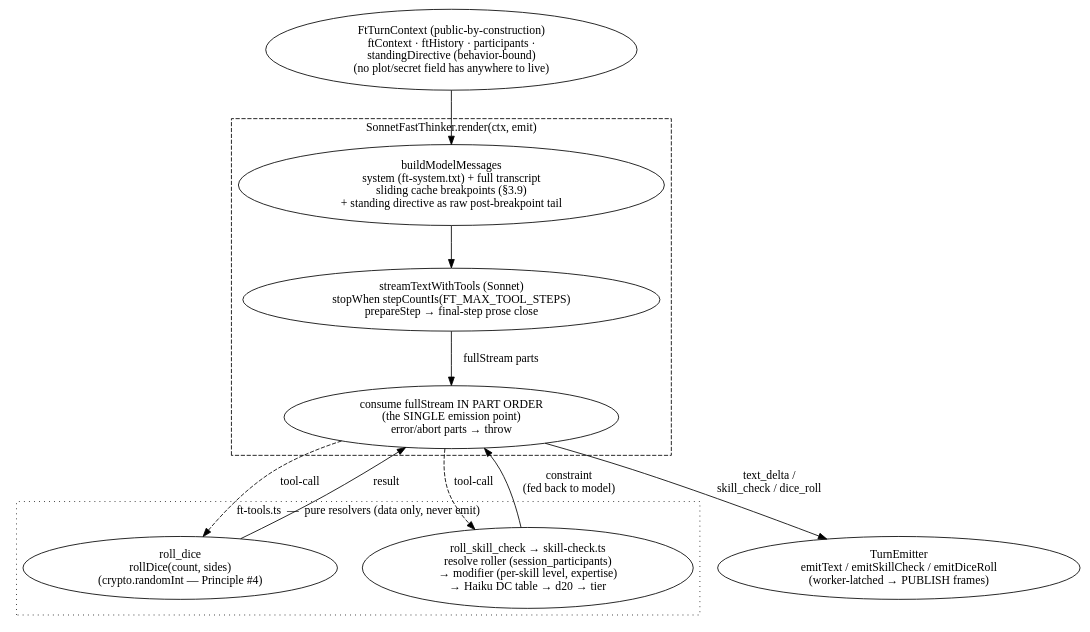
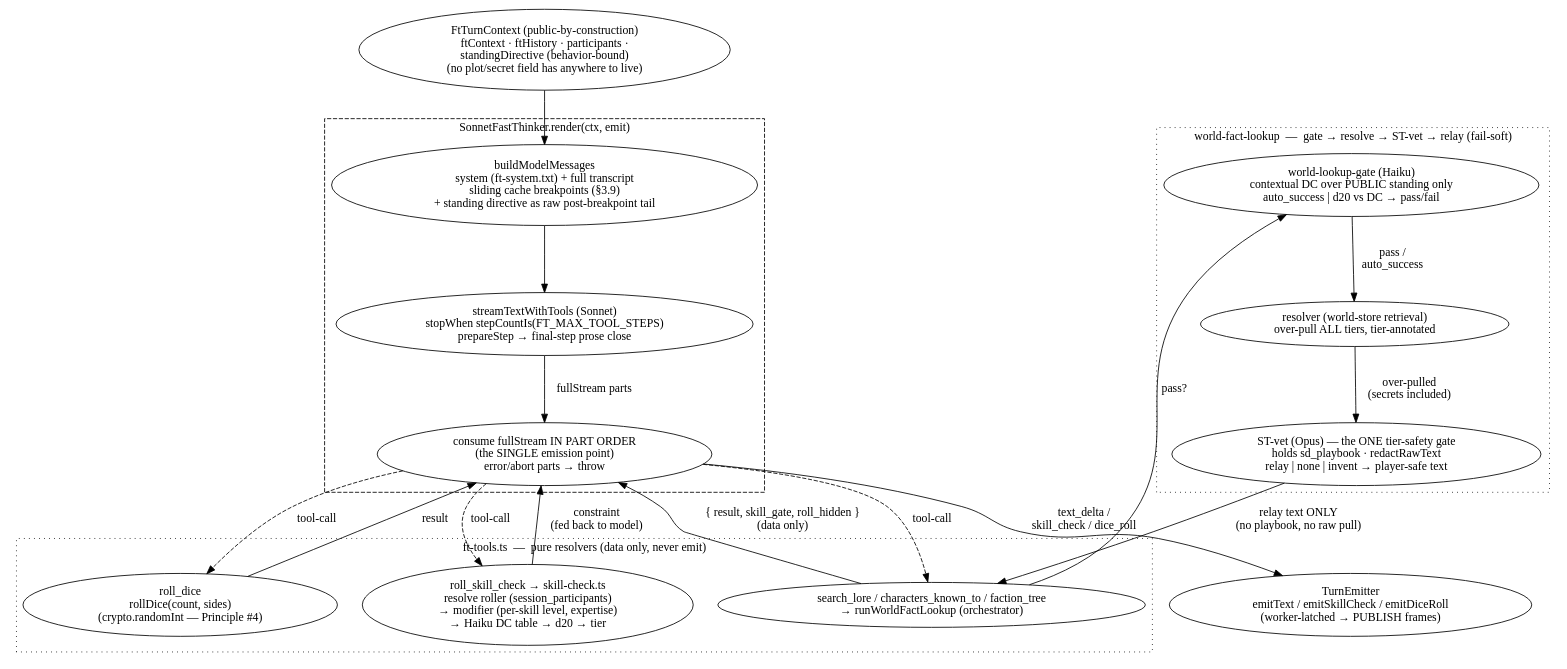
Before and after one commit to mythrun/mythrun: the diagram in docs/wiki/diagrams/runtime/fast-thinker.dot, drawn with Graphviz. The commit also changed 14 other files, not shown here.

First line of the commit message:
docs(wiki): sync for MYT-72 — world-knowledge lookups (ST-gated FT lookup tools)

```diff
--- a/docs/wiki/diagrams/runtime/fast-thinker.dot
+++ b/docs/wiki/diagrams/runtime/fast-thinker.dot
@@ -1,49 +1,71 @@
 digraph fast_thinker {
   // The FastThinker — the real player-facing prose tier (Sonnet). The
   // SessionController calls render(ctx, emit); the FT drives an interleaved
   // tool loop via streamTextWithTools (the ai.ts wrapper over the Vercel AI
   // SDK). It consumes fullStream in part order — text deltas stream out as
   // text frames; a tool-call resolves through a pure resolver (roll_dice /
-  // roll_skill_check), whose RESULT is fed back to the model as a constraint
-  // and emitted as a skill_check / dice_roll frame from the consume loop (the
-  // single emission point). roll_skill_check runs the Principle #5 flow: a
-  // Haiku DC table → deterministic d20 (crypto.randomInt) → matched outcome
-  // tier as the narrative constraint. The cap stops the loop after N steps.
+  // roll_skill_check / the three world-knowledge lookups), whose RESULT is fed
+  // back to the model as a constraint and emitted as a skill_check / dice_roll
+  // frame from the consume loop (the single emission point). roll_skill_check
+  // runs the Principle #5 flow: a Haiku DC table → deterministic d20
+  // (crypto.randomInt) → matched outcome tier as the constraint. The
+  // world-knowledge lookups run gate → resolve → ST-vet → relay: the secret
+  // sd_playbook is captured INSIDE the opaque vet closure and never crosses
+  // back to the FT. The cap stops the loop after N steps.
   rankdir=TB;
   compound=true;
   nodesep=0.4;
   ranksep=0.7;
 
   ctx [label="FtTurnContext (public-by-construction)\nftContext · ftHistory · participants ·\nstandingDirective (behavior-bound)\n(no plot/secret field has anywhere to live)", color="ember", fontcolor="ember"];
 
   subgraph cluster_ft {
     label="SonnetFastThinker.render(ctx, emit)";
     style="dashed";
     color="ember";
     fontcolor="ember";
 
     build [label="buildModelMessages\nsystem (ft-system.txt) + full transcript\nsliding cache breakpoints (§3.9)\n+ standing directive as raw post-breakpoint tail"];
     loop  [label="streamTextWithTools (Sonnet)\nstopWhen stepCountIs(FT_MAX_TOOL_STEPS)\nprepareStep → final-step prose close"];
     consume [label="consume fullStream IN PART ORDER\n(the SINGLE emission point)\nerror/abort parts → throw", color="ember", fontcolor="ember"];
   }
 
   subgraph cluster_tools {
     label="ft-tools.ts  —  pure resolvers (data only, never emit)";
     style="dotted";
     dice  [label="roll_dice\nrollDice(count, sides)\n(crypto.randomInt — Principle #4)"];
     skill [label="roll_skill_check → skill-check.ts\nresolve roller (session_participants)\n→ modifier (per-skill level, expertise)\n→ Haiku DC table → d20 → tier"];
+    lookup [label="search_lore / characters_known_to / faction_tree\n→ runWorldFactLookup (orchestrator)"];
+  }
+
+  subgraph cluster_flow {
+    label="world-fact-lookup  —  gate → resolve → ST-vet → relay (fail-soft)";
+    style="dotted";
+    color="ember";
+    fontcolor="ember";
+
+    gate [label="world-lookup-gate (Haiku)\ncontextual DC over PUBLIC standing only\nauto_success | d20 vs DC → pass/fail"];
+    resolve [label="resolver (world-store retrieval)\nover-pull ALL tiers, tier-annotated"];
+    vet [label="ST-vet (Opus) — the ONE tier-safety gate\nholds sd_playbook · redactRawText\nrelay | none | invent → player-safe text", color="ember", fontcolor="ember"];
   }
 
   emit [label="TurnEmitter\nemitText / emitSkillCheck / emitDiceRoll\n(worker-latched → PUBLISH frames)", color="ember", fontcolor="ember"];
 
   ctx -> build;
   build -> loop;
   loop -> consume [label="fullStream parts"];
 
   consume -> skill [label="tool-call", style=dashed];
   consume -> dice  [label="tool-call", style=dashed];
+  consume -> lookup [label="tool-call", style=dashed];
   skill -> consume [label="constraint\n(fed back to model)"];
   dice  -> consume [label="result"];
 
+  lookup -> gate [label="pass?"];
+  gate -> resolve [label="pass /\nauto_success"];
+  resolve -> vet [label="over-pulled\n(secrets included)"];
+  vet -> lookup [label="relay text ONLY\n(no playbook, no raw pull)", color="ember", fontcolor="ember"];
+  lookup -> consume [label="{ result, skill_gate, roll_hidden }\n(data only)"];
+
   consume -> emit [label="text_delta /\nskill_check / dice_roll"];
 }
```
